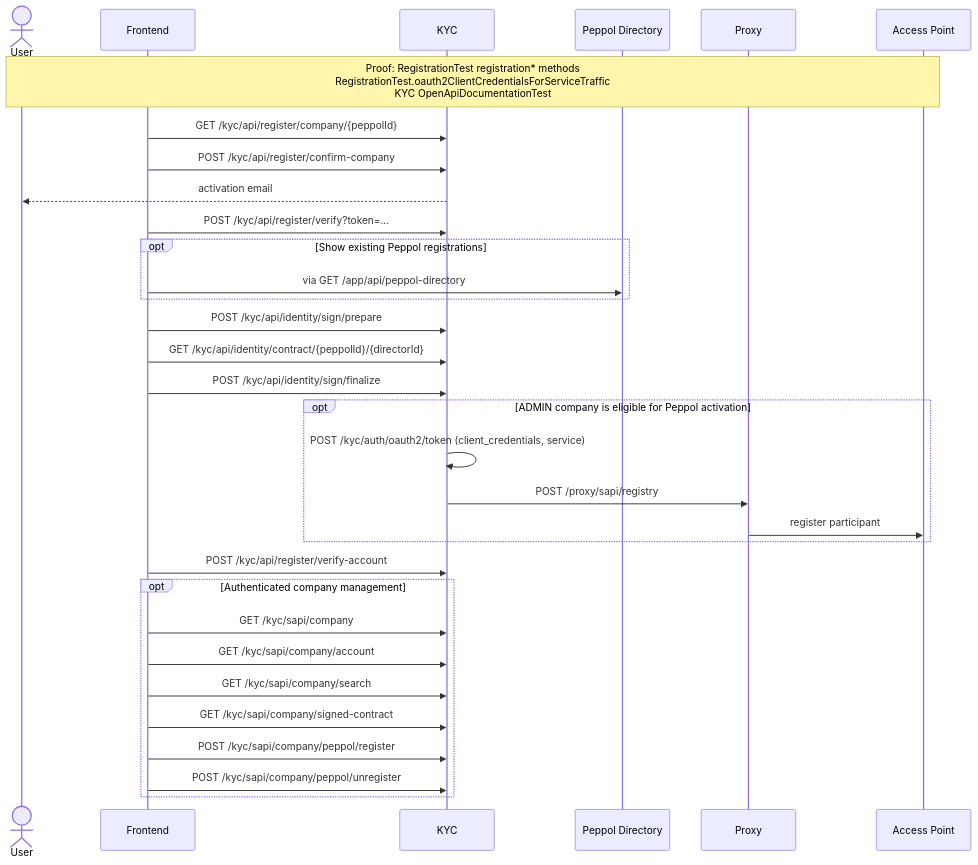
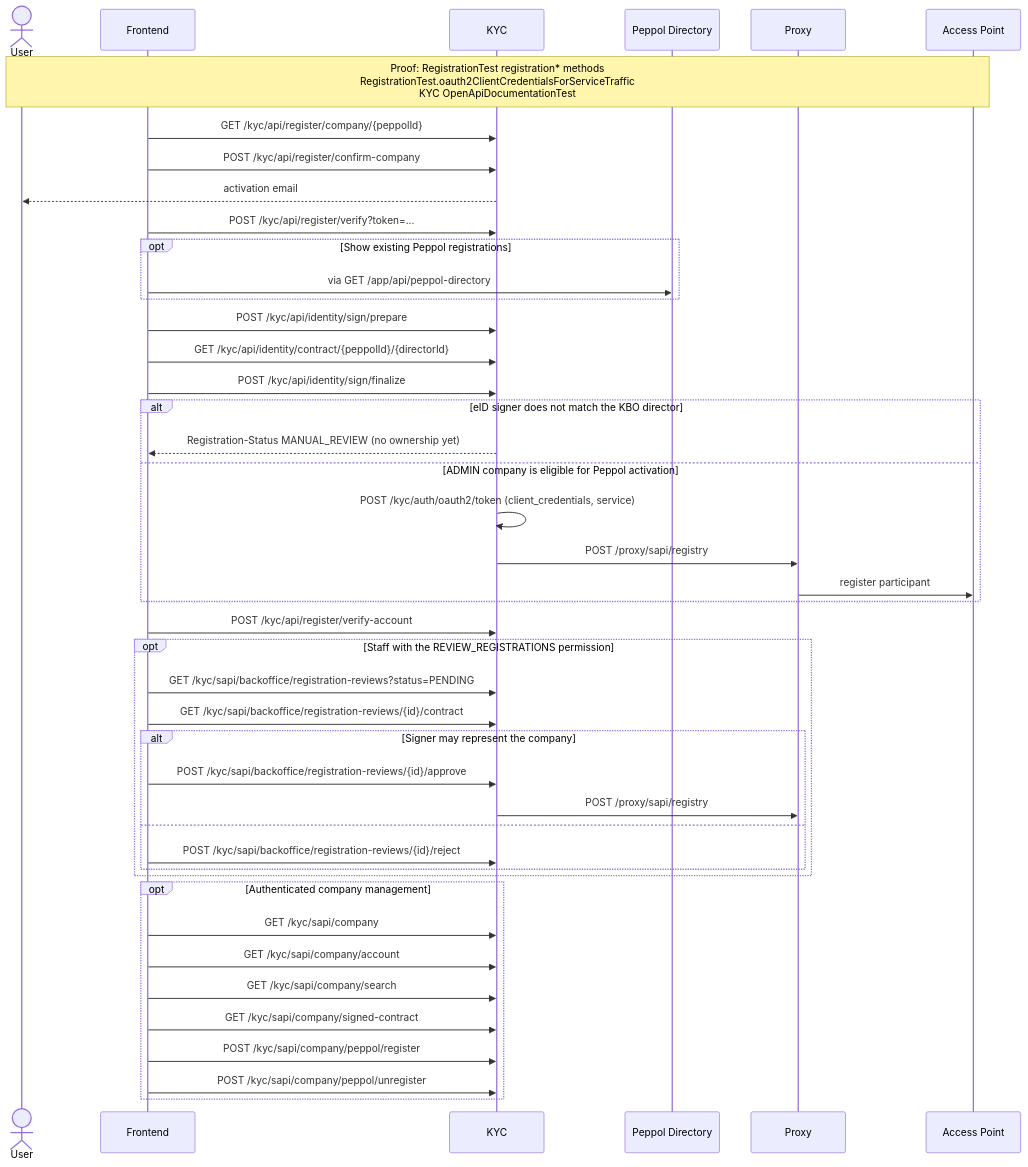
Before and after one commit to letspeppol/letspeppol: the diagram in readme/api-registration-and-company-activation.md, drawn with Mermaid. The commit also changed other lines of this file and 55 other files, not shown here.

````diff
--- a/readme/api-registration-and-company-activation.md
+++ b/readme/api-registration-and-company-activation.md
@@ -9,35 +9,47 @@
 ```mermaid
 sequenceDiagram
     actor User
     participant UI as Frontend
     participant KYC
     participant Directory as Peppol Directory
     participant Proxy
     participant AP as Access Point
 
     Note over User,AP: Proof: RegistrationTest registration* methods<br/>RegistrationTest.oauth2ClientCredentialsForServiceTraffic<br/>KYC OpenApiDocumentationTest
     UI->>KYC: GET /kyc/api/register/company/{peppolId}
     UI->>KYC: POST /kyc/api/register/confirm-company
     KYC-->>User: activation email
     UI->>KYC: POST /kyc/api/register/verify?token=...
     opt Show existing Peppol registrations
         UI->>Directory: via GET /app/api/peppol-directory
     end
     UI->>KYC: POST /kyc/api/identity/sign/prepare
     UI->>KYC: GET /kyc/api/identity/contract/{peppolId}/{directorId}
     UI->>KYC: POST /kyc/api/identity/sign/finalize
-    opt ADMIN company is eligible for Peppol activation
+    alt eID signer does not match the KBO director
+        KYC-->>UI: Registration-Status MANUAL_REVIEW (no ownership yet)
+    else ADMIN company is eligible for Peppol activation
         KYC->>KYC: POST /kyc/auth/oauth2/token (client_credentials, service)
         KYC->>Proxy: POST /proxy/sapi/registry
         Proxy->>AP: register participant
     end
     UI->>KYC: POST /kyc/api/register/verify-account
+    opt Staff with the REVIEW_REGISTRATIONS permission
+        UI->>KYC: GET /kyc/sapi/backoffice/registration-reviews?status=PENDING
+        UI->>KYC: GET /kyc/sapi/backoffice/registration-reviews/{id}/contract
+        alt Signer may represent the company
+            UI->>KYC: POST /kyc/sapi/backoffice/registration-reviews/{id}/approve
+            KYC->>Proxy: POST /proxy/sapi/registry
+        else
+            UI->>KYC: POST /kyc/sapi/backoffice/registration-reviews/{id}/reject
+        end
+    end
     opt Authenticated company management
         UI->>KYC: GET /kyc/sapi/company
         UI->>KYC: GET /kyc/sapi/company/account
         UI->>KYC: GET /kyc/sapi/company/search
         UI->>KYC: GET /kyc/sapi/company/signed-contract
         UI->>KYC: POST /kyc/sapi/company/peppol/register
         UI->>KYC: POST /kyc/sapi/company/peppol/unregister
     end
 ```
````
